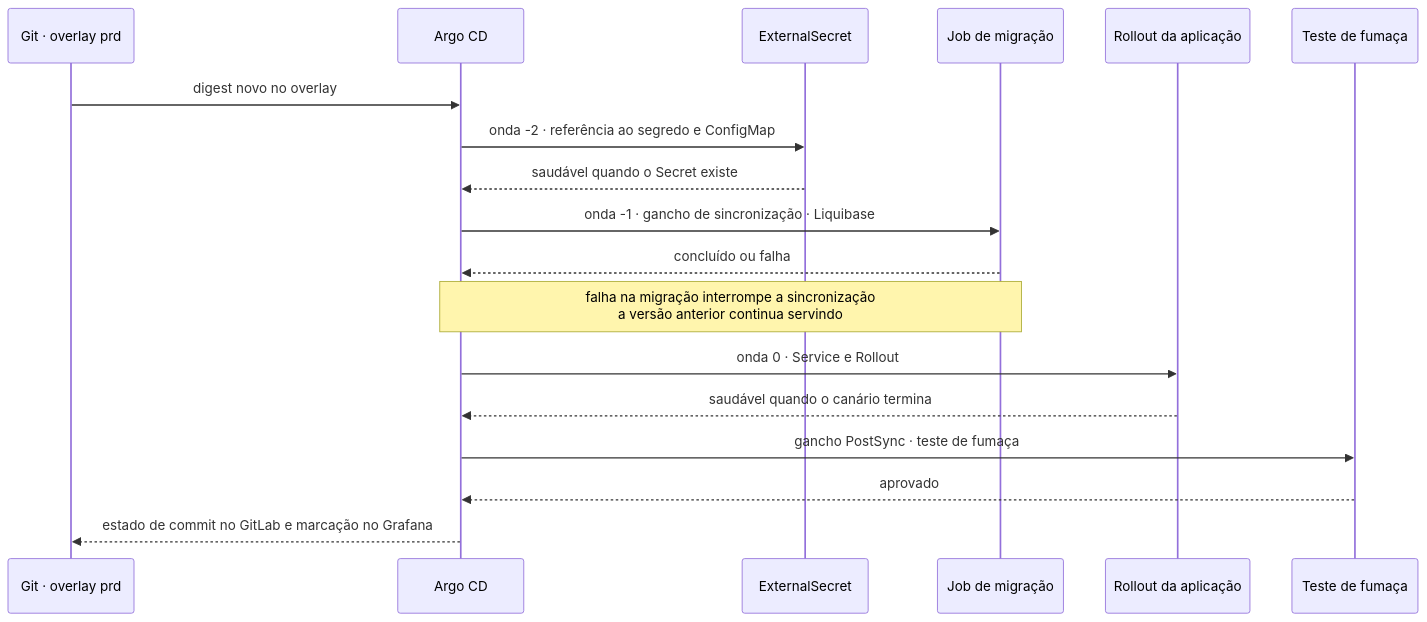
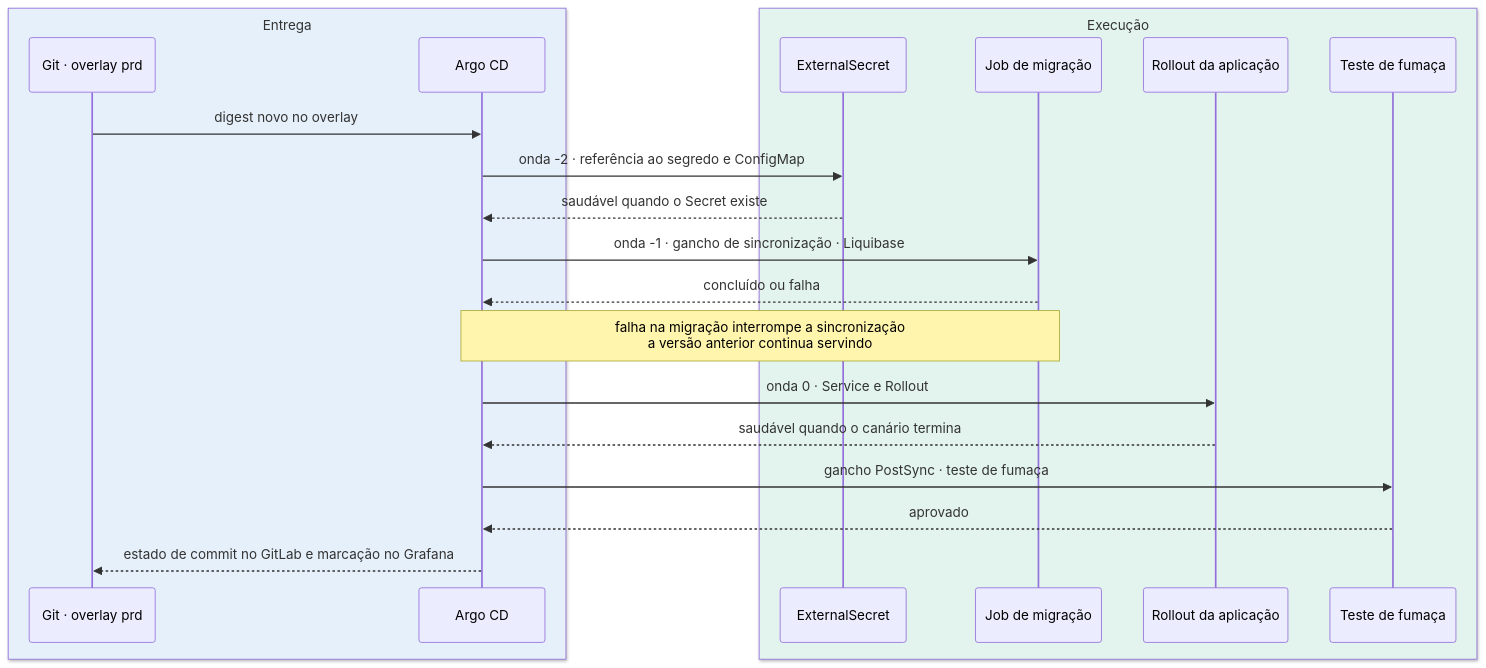
The second of 3 diagrams in docs/09-gitops-argocd.md (DiegoAmorimDev/plataforma-entrega-sefaz), drawn with Mermaid before and after one commit. The commit also changed other lines of this file and 12 other files, not shown here.

````diff
--- a/docs/09-gitops-argocd.md
+++ b/docs/09-gitops-argocd.md
@@ -196,21 +202,25 @@
 ```mermaid
 sequenceDiagram
-    participant G as Git · overlay prd
-    participant A as Argo CD
-    participant E as ExternalSecret
-    participant M as Job de migração
-    participant D as Rollout da aplicação
-    participant F as Teste de fumaça
+    box rgb(230,240,250) Entrega
+        participant G as Git · overlay prd
+        participant A as Argo CD
+    end
+    box rgb(227,244,238) Execução
+        participant E as ExternalSecret
+        participant M as Job de migração
+        participant D as Rollout da aplicação
+        participant F as Teste de fumaça
+    end
 
     G->>A: digest novo no overlay
     A->>E: onda -2 · referência ao segredo e ConfigMap
     E-->>A: saudável quando o Secret existe
     A->>M: onda -1 · gancho de sincronização · Liquibase
     M-->>A: concluído ou falha
     Note over A,M: falha na migração interrompe a sincronização<br/>a versão anterior continua servindo
     A->>D: onda 0 · Service e Rollout
     D-->>A: saudável quando o canário termina
     A->>F: gancho PostSync · teste de fumaça
     F-->>A: aprovado
     A-->>G: estado de commit no GitLab e marcação no Grafana
 ```
````
